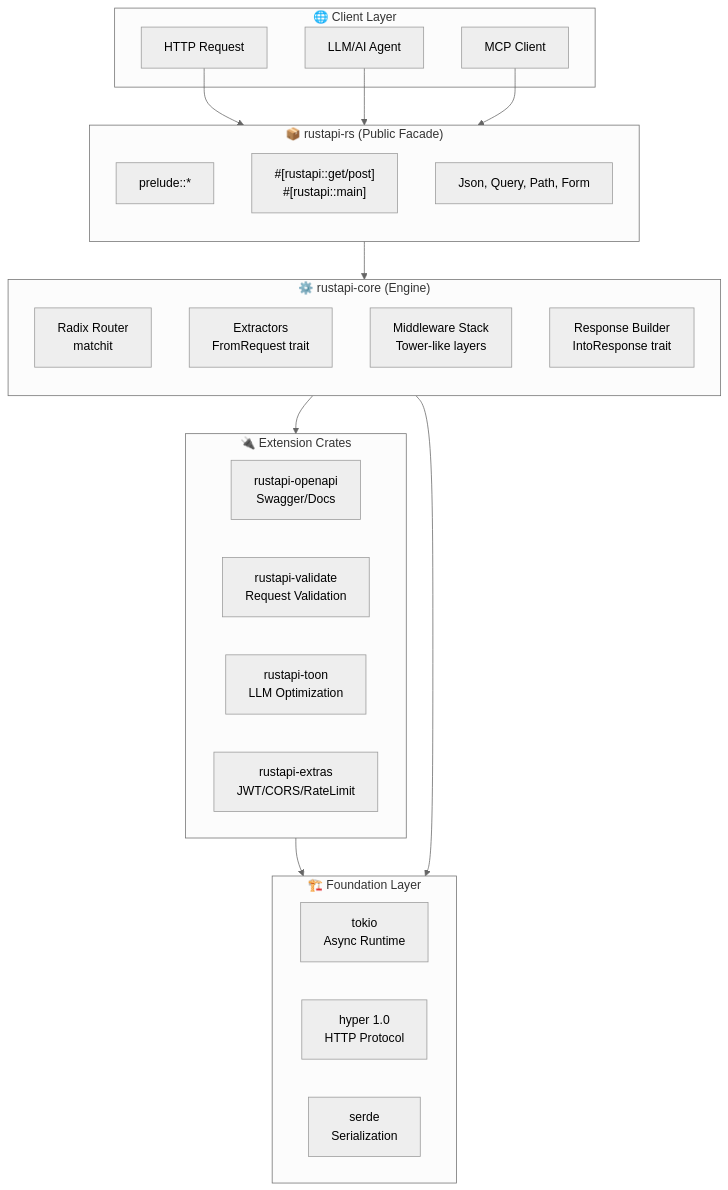
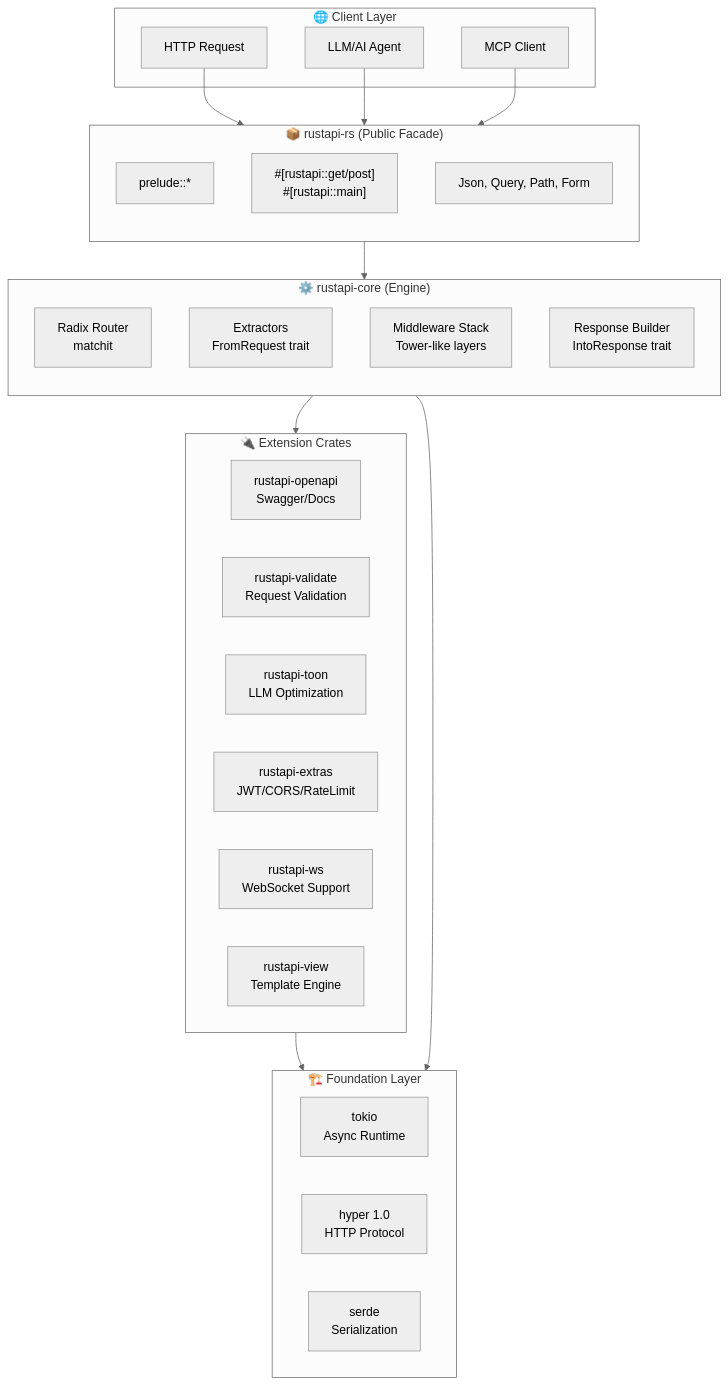
Before and after one commit to Tuntii/RustAPI: the first of 3 diagrams in README.md, drawn with Mermaid (neutral theme). The commit also changed other lines of this file and 64 other files, not shown here.

First line of the commit message:
Add WebSocket, template, and CLI support to RustAPI

````diff
--- a/README.md
+++ b/README.md
@@ -188,46 +284,48 @@
 ```mermaid
 graph TB
     subgraph Client["🌐 Client Layer"]
         HTTP[HTTP Request]
         LLM[LLM/AI Agent]
         MCP[MCP Client]
     end
 
     subgraph Public["📦 rustapi-rs (Public Facade)"]
         direction TB
         Prelude[prelude::*]
         Macros["#[rustapi::get/post]<br>#[rustapi::main]"]
         Types[Json, Query, Path, Form]
     end
 
     subgraph Core["⚙️ rustapi-core (Engine)"]
         direction TB
         Router[Radix Router<br>matchit]
         Extract[Extractors<br>FromRequest trait]
         MW[Middleware Stack<br>Tower-like layers]
         Resp[Response Builder<br>IntoResponse trait]
     end
 
     subgraph Extensions["🔌 Extension Crates"]
         direction LR
         OpenAPI["rustapi-openapi<br>Swagger/Docs"]
         Validate["rustapi-validate<br>Request Validation"]
         Toon["rustapi-toon<br>LLM Optimization"]
         Extras["rustapi-extras<br>JWT/CORS/RateLimit"]
+        WsCrate["rustapi-ws<br>WebSocket Support"]
+        ViewCrate["rustapi-view<br>Template Engine"]
     end
 
     subgraph Foundation["🏗️ Foundation Layer"]
         direction LR
         Tokio[tokio<br>Async Runtime]
         Hyper[hyper 1.0<br>HTTP Protocol]
         Serde[serde<br>Serialization]
     end
 
     HTTP --> Public
     LLM --> Public
     MCP --> Public
     Public --> Core
     Core --> Extensions
     Extensions --> Foundation
     Core --> Foundation
 ```
````
